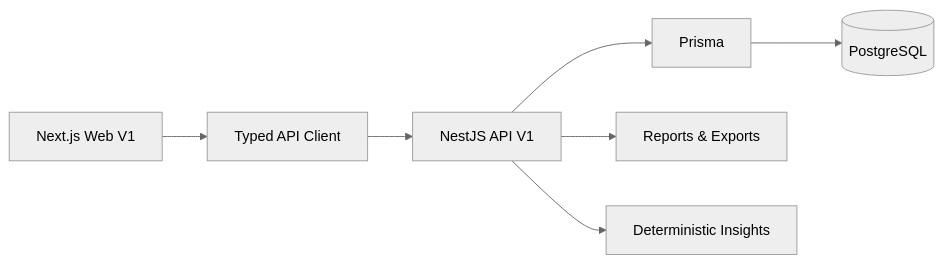
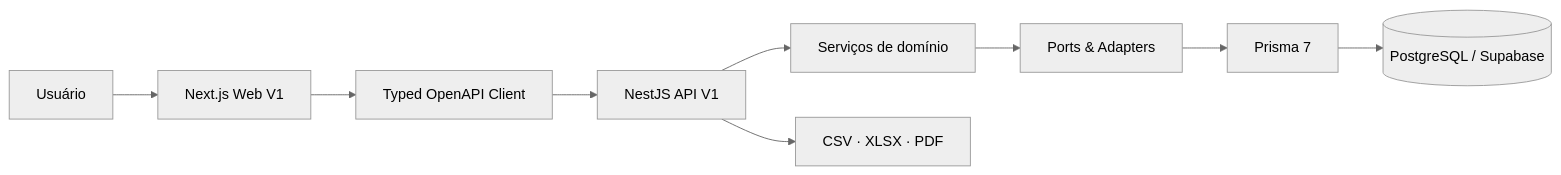
The first of 4 diagrams in README.md (oluisvi/atlas-finance-ai), drawn with Mermaid (neutral theme) before and after one commit. The commit also changed other lines of this file and 1 other file, not shown here.

````diff
--- a/README.md
+++ b/README.md
@@ -73,9 +159,11 @@
 ```mermaid
 flowchart LR
-    WEB[Next.js Web V1] --> CLIENT[Typed API Client]
-    CLIENT --> API[NestJS API V1]
-    API --> PRISMA[Prisma]
-    PRISMA --> DB[(PostgreSQL)]
-    API --> REPORTS[Reports & Exports]
-    API --> INSIGHTS[Deterministic Insights]
+    USER["Usuário"] --> WEB["Next.js Web V1"]
+    WEB --> CLIENT["Typed OpenAPI Client"]
+    CLIENT --> API["NestJS API V1"]
+    API --> DOMAIN["Serviços de domínio"]
+    DOMAIN --> PORTS["Ports & Adapters"]
+    PORTS --> PRISMA["Prisma 7"]
+    PRISMA --> DB[("PostgreSQL / Supabase")]
+    API --> FILES["CSV · XLSX · PDF"]
 ```
````
